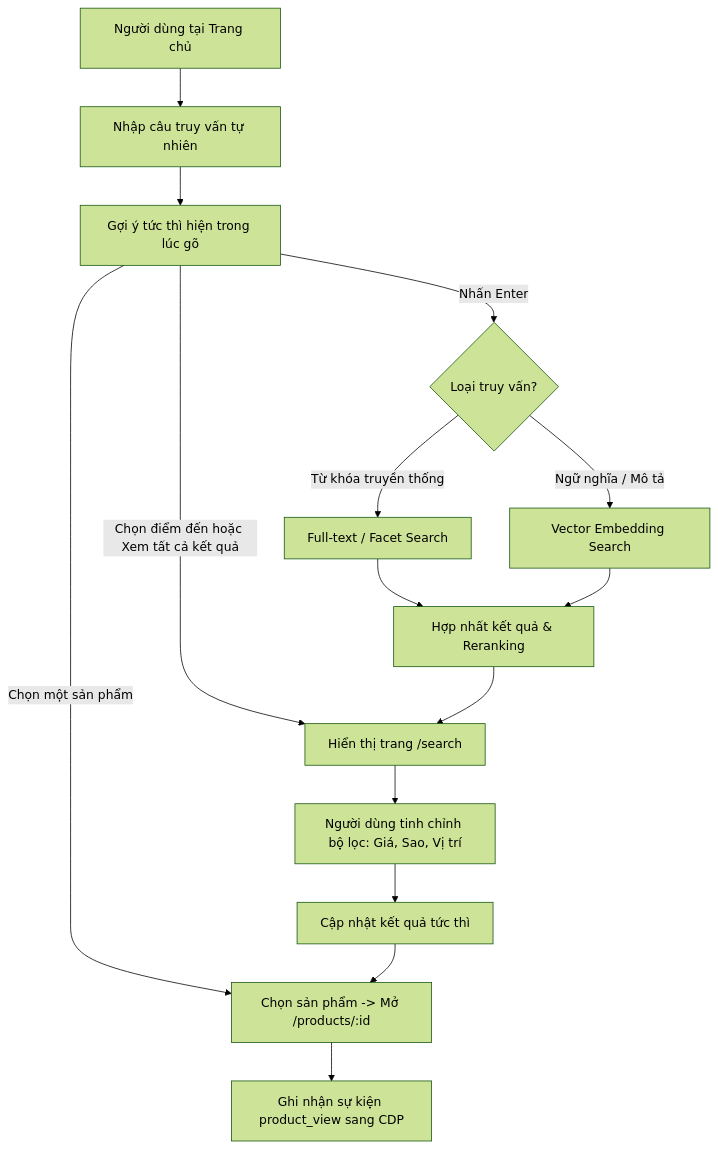
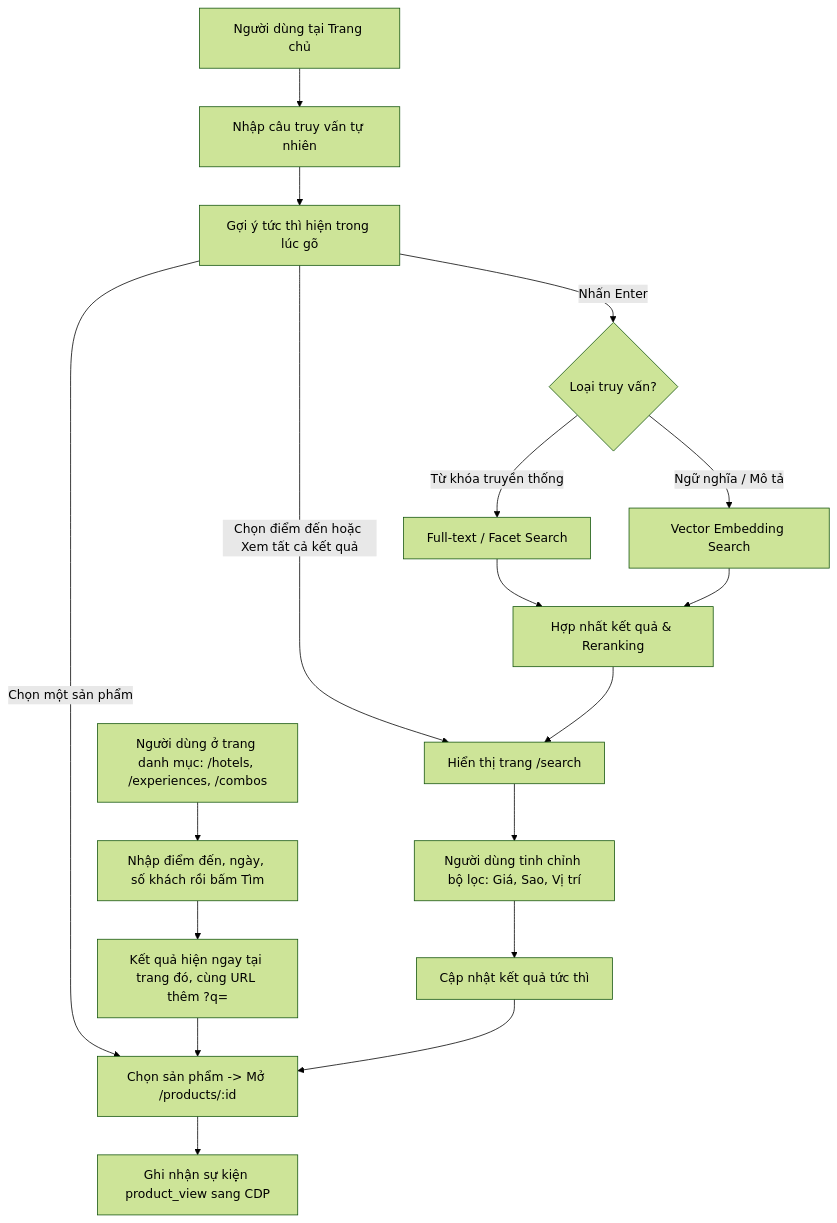
One commit to NguyenNhat4/Travel-Recommend-System changed the first of 3 diagrams in docs/prd/user-flow.md. Above: the diagram before and after it, drawn with Mermaid (forest theme). The commit also changed other lines of this file and 5 other files, not shown here.

First line of the commit message:
docs(prd): chốt tìm kiếm tại trang danh mục và lọc theo ngày ở tìm kiếm

````diff
--- a/docs/prd/user-flow.md
+++ b/docs/prd/user-flow.md
@@ -51,17 +51,20 @@
 ```mermaid
 flowchart TD
     A[Người dùng tại Trang chủ] --> B[Nhập câu truy vấn tự nhiên]
     B --> S[Gợi ý tức thì hiện trong lúc gõ]
     S -->|Chọn một sản phẩm| J
     S -->|Chọn điểm đến hoặc Xem tất cả kết quả| G
     S -->|Nhấn Enter| C{Loại truy vấn?}
     C -->|Từ khóa truyền thống| D[Full-text / Facet Search]
     C -->|Ngữ nghĩa / Mô tả| E[Vector Embedding Search]
     D --> F[Hợp nhất kết quả & Reranking]
     E --> F
     F --> G[Hiển thị trang /search]
+    L[Người dùng ở trang danh mục: /hotels, /experiences, /combos] --> M[Nhập điểm đến, ngày, số khách rồi bấm Tìm]
+    M --> N[Kết quả hiện ngay tại trang đó, cùng URL thêm ?q=]
+    N --> J
     G --> H[Người dùng tinh chỉnh bộ lọc: Giá, Sao, Vị trí]
     H --> I[Cập nhật kết quả tức thì]
     I --> J[Chọn sản phẩm -> Mở /products/:id]
     J --> K[Ghi nhận sự kiện product_view sang CDP]
 ```
````
